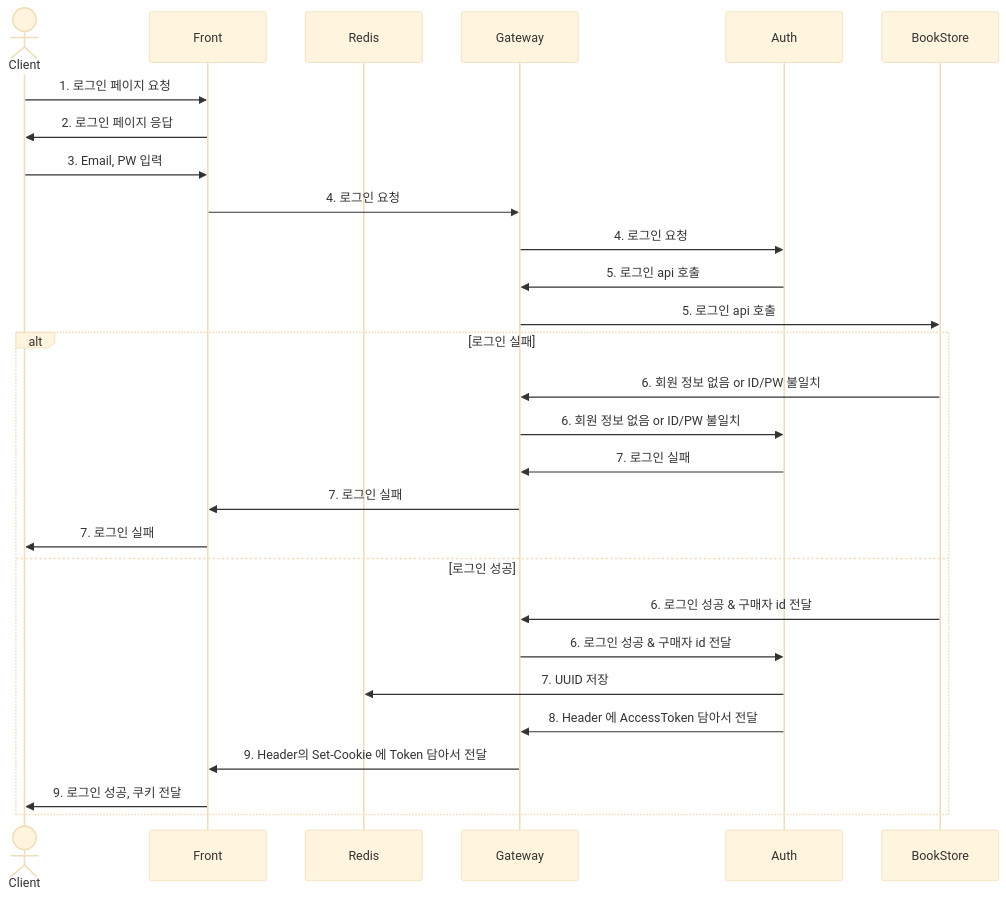
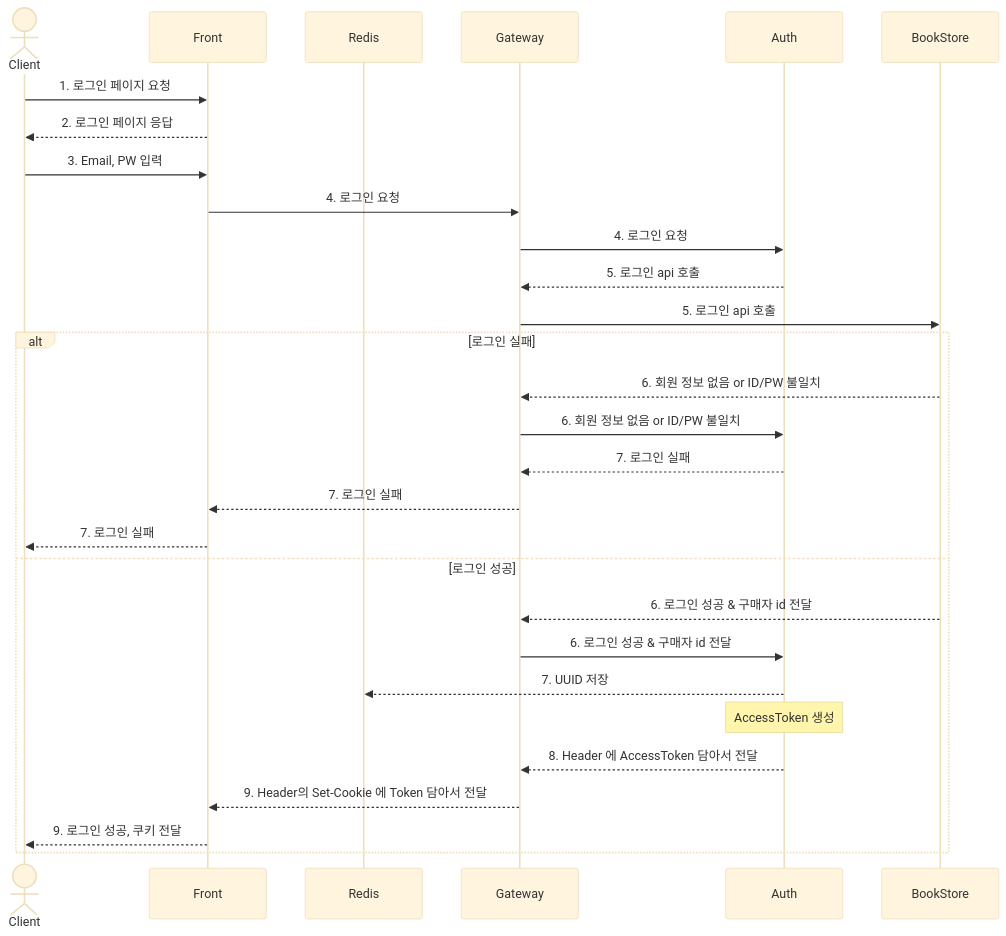
Before and after one commit to nhnacademy-be5-staff99/store99-auth: the first of 3 diagrams in README.md, drawn with Mermaid (base theme). The commit also changed other lines of this file, not shown here.

````diff
--- a/README.md
+++ b/README.md
@@ -4,34 +4,35 @@
 ```mermaid
 
 sequenceDiagram
 
 actor c as Client
 participant front as Front
 participant redis as Redis
 participant gateway as Gateway
 participant auth as Auth
 participant store as BookStore
 
 c->>front: 1. 로그인 페이지 요청
-front->>c: 2. 로그인 페이지 응답
+front-->>c: 2. 로그인 페이지 응답
 c->>front: 3. Email, PW 입력
 front->>gateway: 4. 로그인 요청
 gateway->>auth: 4. 로그인 요청
-auth->>gateway: 5. 로그인 api 호출
+auth-->>gateway: 5. 로그인 api 호출
 gateway->>store: 5. 로그인 api 호출
 alt 로그인 실패
-	store->>gateway: 6. 회원 정보 없음 or ID/PW 불일치
+	store-->>gateway: 6. 회원 정보 없음 or ID/PW 불일치
 	gateway->>auth: 6. 회원 정보 없음 or ID/PW 불일치
-	auth->>gateway: 7. 로그인 실패
-	gateway->>front: 7. 로그인 실패
-	front->>c: 7. 로그인 실패
+	auth-->>gateway: 7. 로그인 실패
+	gateway-->>front: 7. 로그인 실패
+	front-->>c: 7. 로그인 실패
 else 로그인 성공
-	store->>gateway: 6. 로그인 성공 & 구매자 id 전달
+	store-->>gateway: 6. 로그인 성공 & 구매자 id 전달
 	gateway->>auth: 6. 로그인 성공 & 구매자 id 전달
-	auth->>redis: 7. UUID 저장
-    auth->>gateway: 8. Header 에 AccessToken 담아서 전달
-    gateway->>front: 9. Header의 Set-Cookie 에 Token 담아서 전달
-    front->>c: 9. 로그인 성공, 쿠키 전달
+	auth-->>redis: 7. UUID 저장
+    Note over auth: AccessToken 생성
+    auth-->>gateway: 8. Header 에 AccessToken 담아서 전달
+    gateway-->>front: 9. Header의 Set-Cookie 에 Token 담아서 전달
+    front-->>c: 9. 로그인 성공, 쿠키 전달
 end
 
 ```
````
